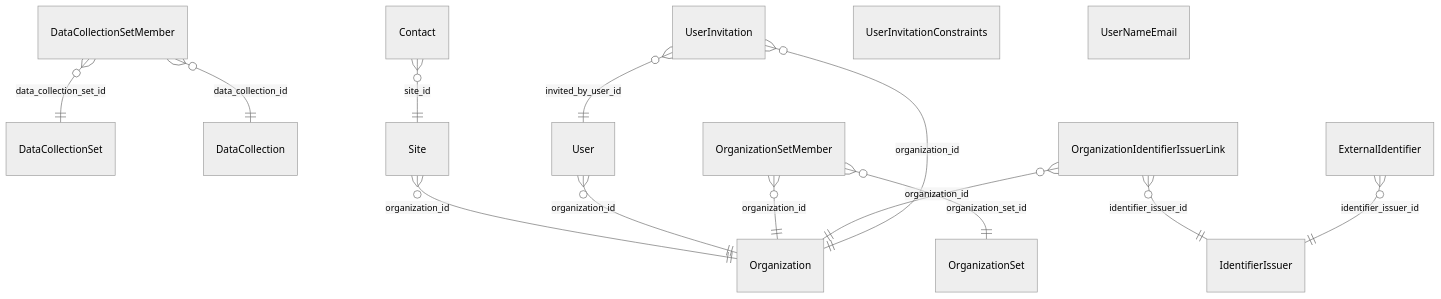
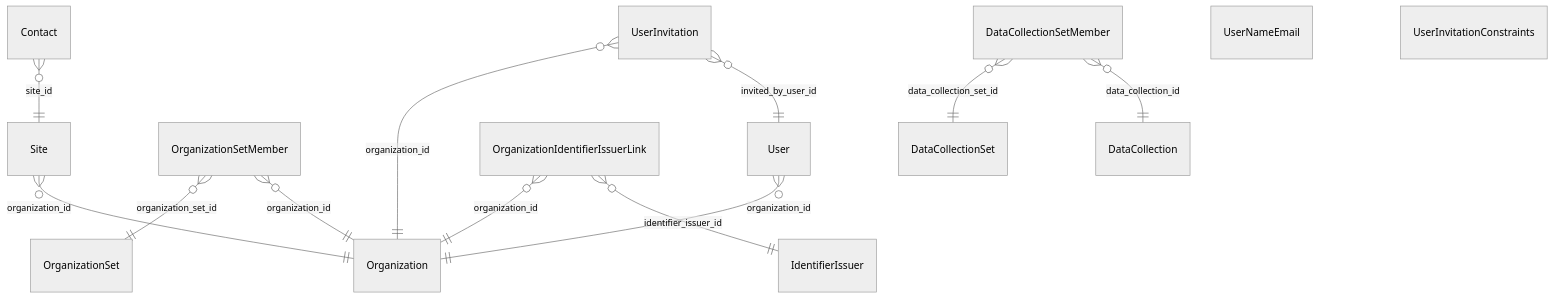
Before and after one commit to RIVM-bioinformatics/gen-epix-api: the diagram in docs/erm/casedb.organization.md, drawn with Mermaid (neutral theme). The commit also changed other lines of this file and 196 other files, not shown here.

Commit message:
feat!: ExternalIdentifier re-implemented as a companion entity per relevant entity rather than a single entity with all identifiers

````diff
--- a/docs/erm/casedb.organization.md
+++ b/docs/erm/casedb.organization.md
@@ -5,25 +5,24 @@
 ```mermaid
 erDiagram
     %% casedb / ORGANIZATION (simplified)
 
     %% Relationships
-    DataCollectionSetMember }o--|| DataCollectionSet : "data_collection_set_id"
-    DataCollectionSetMember }o--|| DataCollection : "data_collection_id"
-    Site }o--|| Organization : "organization_id"
     User }o--|| Organization : "organization_id"
     OrganizationSetMember }o--|| OrganizationSet : "organization_set_id"
     OrganizationSetMember }o--|| Organization : "organization_id"
+    Site }o--|| Organization : "organization_id"
+    Contact }o--|| Site : "site_id"
     OrganizationIdentifierIssuerLink }o--|| Organization : "organization_id"
     OrganizationIdentifierIssuerLink }o--|| IdentifierIssuer : "identifier_issuer_id"
     UserInvitation }o--|| Organization : "organization_id"
     UserInvitation }o--|| User : "invited_by_user_id"
-    Contact }o--|| Site : "site_id"
-    ExternalIdentifier }o--|| IdentifierIssuer : "identifier_issuer_id"
+    DataCollectionSetMember }o--|| DataCollectionSet : "data_collection_set_id"
+    DataCollectionSetMember }o--|| DataCollection : "data_collection_id"
+
+    UserNameEmail {
+    }
 
     UserInvitationConstraints {
     }
 
-    UserNameEmail {
-    }
-
 ```
````
